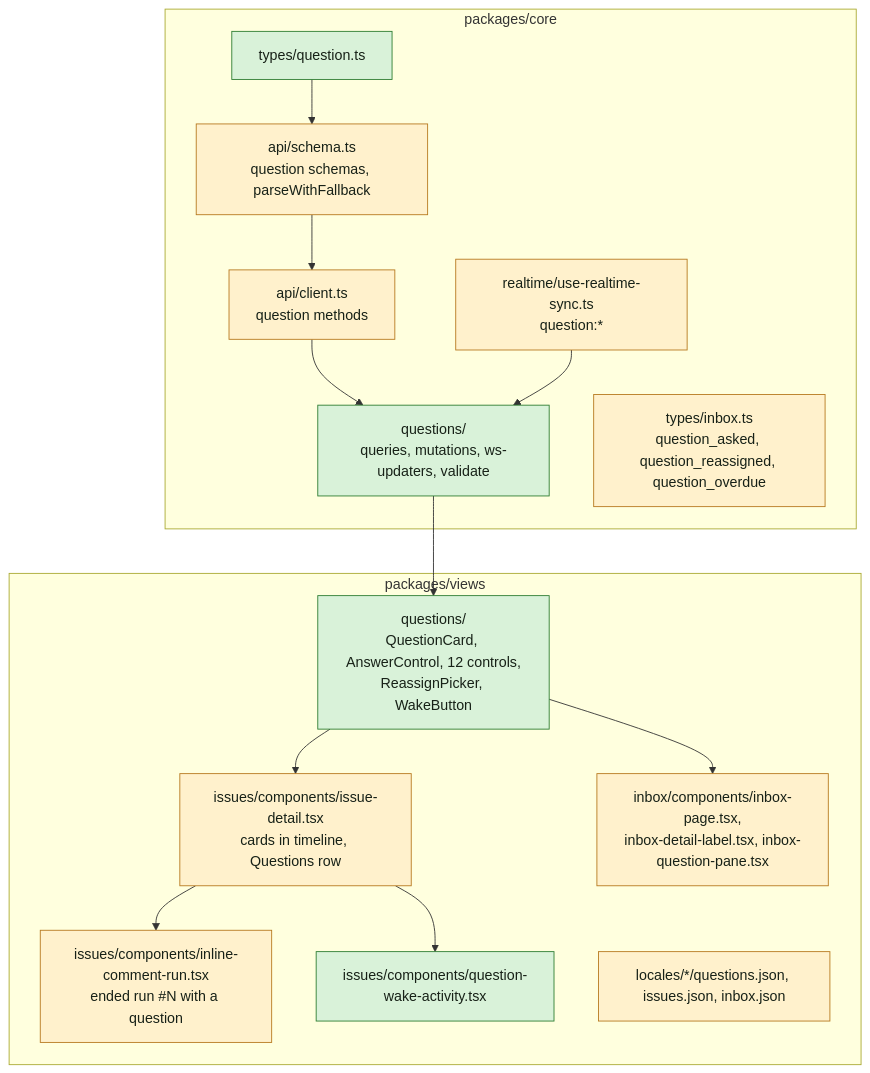
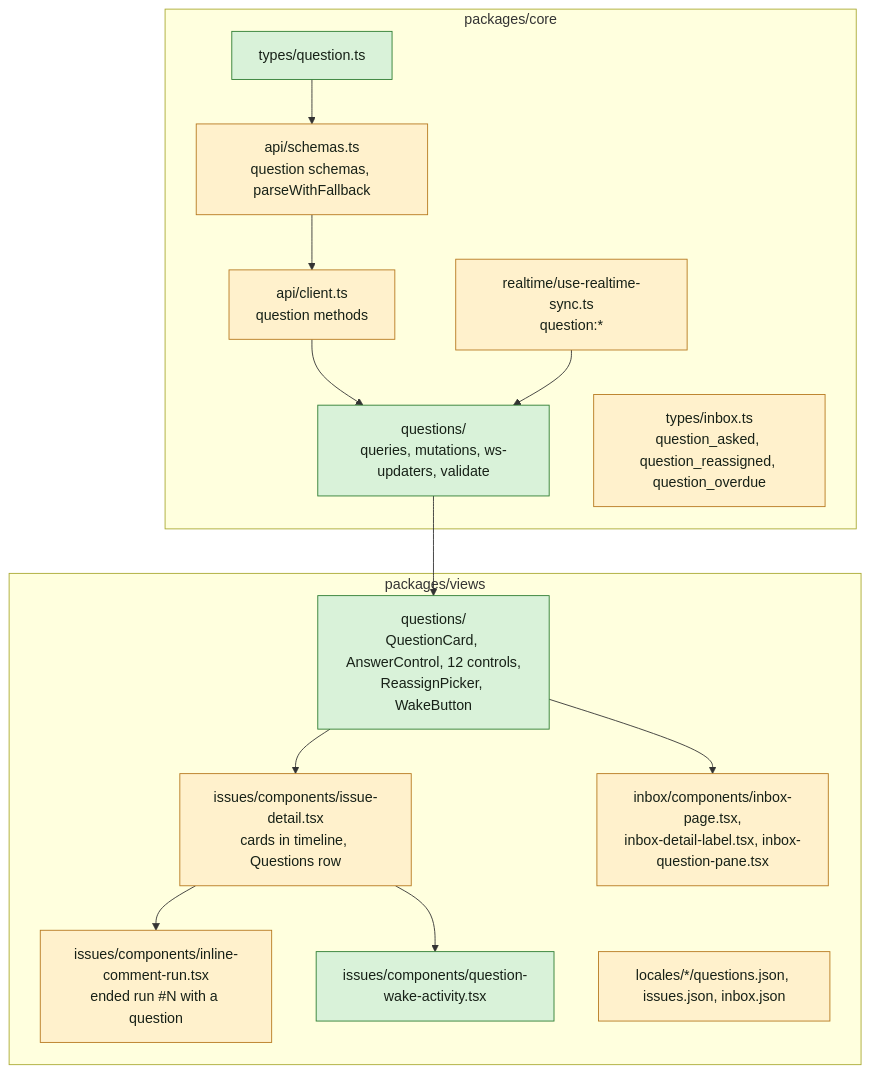
Before and after one commit to appboypov/multica: the fourth of 6 diagrams in specs/openspec/changes/answer-an-agents-question-and-wake-it/design.md, drawn with Mermaid. The commit also changed other lines of this file and 9 other files, not shown here.

````diff
--- a/specs/openspec/changes/answer-an-agents-question-and-wake-it/design.md
+++ b/specs/openspec/changes/answer-an-agents-question-and-wake-it/design.md
@@ -89,28 +89,28 @@
 ```mermaid
 flowchart TB
   classDef new fill:#d9f2d9,stroke:#2e7d32,color:#172117
   classDef changed fill:#fff1cc,stroke:#b7791f,color:#172117
   subgraph core["packages/core"]
     qtypes["types/question.ts"]:::new
-    schema["api/schema.ts<br/>question schemas, parseWithFallback"]:::changed
+    schema["api/schemas.ts<br/>question schemas, parseWithFallback"]:::changed
     client["api/client.ts<br/>question methods"]:::changed
     qfeat["questions/<br/>queries, mutations, ws-updaters, validate"]:::new
     inboxt["types/inbox.ts<br/>question_asked, question_reassigned, question_overdue"]:::changed
     rt["realtime/use-realtime-sync.ts<br/>question:*"]:::changed
   end
   subgraph views["packages/views"]
     qviews["questions/<br/>QuestionCard, AnswerControl, 12 controls,<br/>ReassignPicker, WakeButton"]:::new
     detail["issues/components/issue-detail.tsx<br/>cards in timeline, Questions row"]:::changed
     runrow["issues/components/inline-comment-run.tsx<br/>ended run #N with a question"]:::changed
     wakeact["issues/components/question-wake-activity.tsx"]:::new
     inbox["inbox/components/inbox-page.tsx,<br/>inbox-detail-label.tsx, inbox-question-pane.tsx"]:::changed
     loc["locales/*/questions.json, issues.json, inbox.json"]:::changed
   end
   qtypes --> schema --> client --> qfeat
   rt --> qfeat
   qfeat --> qviews
   qviews --> detail
   qviews --> inbox
   detail --> runrow
   detail --> wakeact
 ```
````
